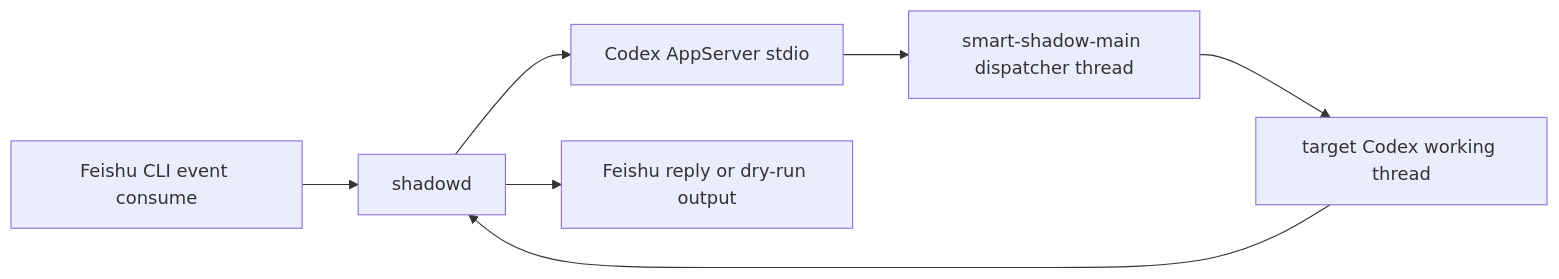
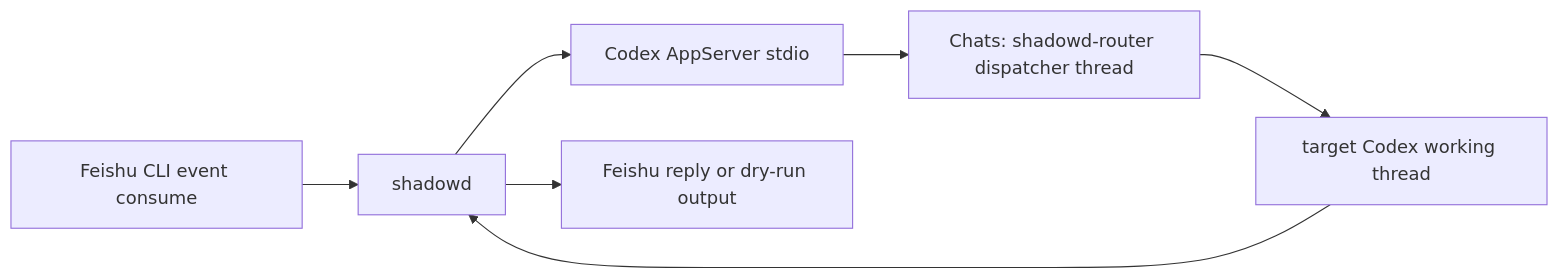
The second of 2 diagrams in README.md (longbiaochen/smart-shadow), drawn with Mermaid before and after one commit. The commit also changed other lines of this file and 11 other files, not shown here.

Commit message:
Slim shadowd dispatcher routing prompt

````diff
--- a/README.md
+++ b/README.md
@@ -133,9 +133,9 @@
 ```mermaid
 flowchart LR
     Feishu["Feishu CLI event consume"] --> D["shadowd"]
     D --> AppServer["Codex AppServer stdio"]
-    AppServer --> Main["smart-shadow-main dispatcher thread"]
+    AppServer --> Main["Chats: shadowd-router dispatcher thread"]
     Main --> Work["target Codex working thread"]
     Work --> D
     D --> Reply["Feishu reply or dry-run output"]
 ```
````
